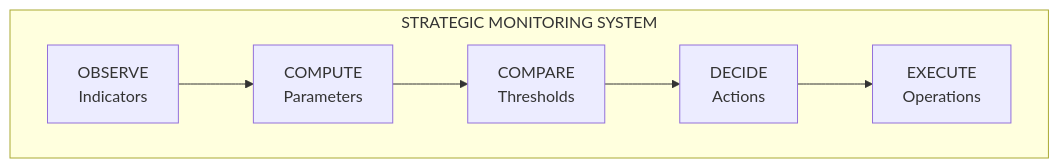
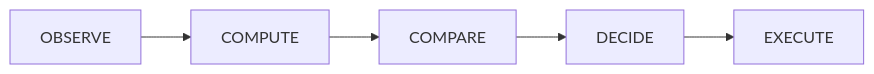
One commit to DealExMachina/sov-strat-games changed the second of 4 diagrams in docs/bellman_wasserstein_mean_field_framework.md. Above: the diagram before and after it, drawn with Mermaid. The commit also changed other lines of this file, not shown here.

Commit message:
Simplify Mermaid diagrams - cleaner, no overlaps

````diff
--- a/docs/bellman_wasserstein_mean_field_framework.md
+++ b/docs/bellman_wasserstein_mean_field_framework.md
@@ -461,10 +440,4 @@
 ```mermaid
 flowchart LR
-    subgraph MONITOR["STRATEGIC MONITORING SYSTEM"]
-        direction LR
-        O["OBSERVE<br/>Indicators"] --> C["COMPUTE<br/>Parameters"]
-        C --> CP["COMPARE<br/>Thresholds"]
-        CP --> D["DECIDE<br/>Actions"]
-        D --> E["EXECUTE<br/>Operations"]
-    end
+    O[OBSERVE] --> C[COMPUTE] --> CP[COMPARE] --> D[DECIDE] --> E[EXECUTE]
 ```
````
